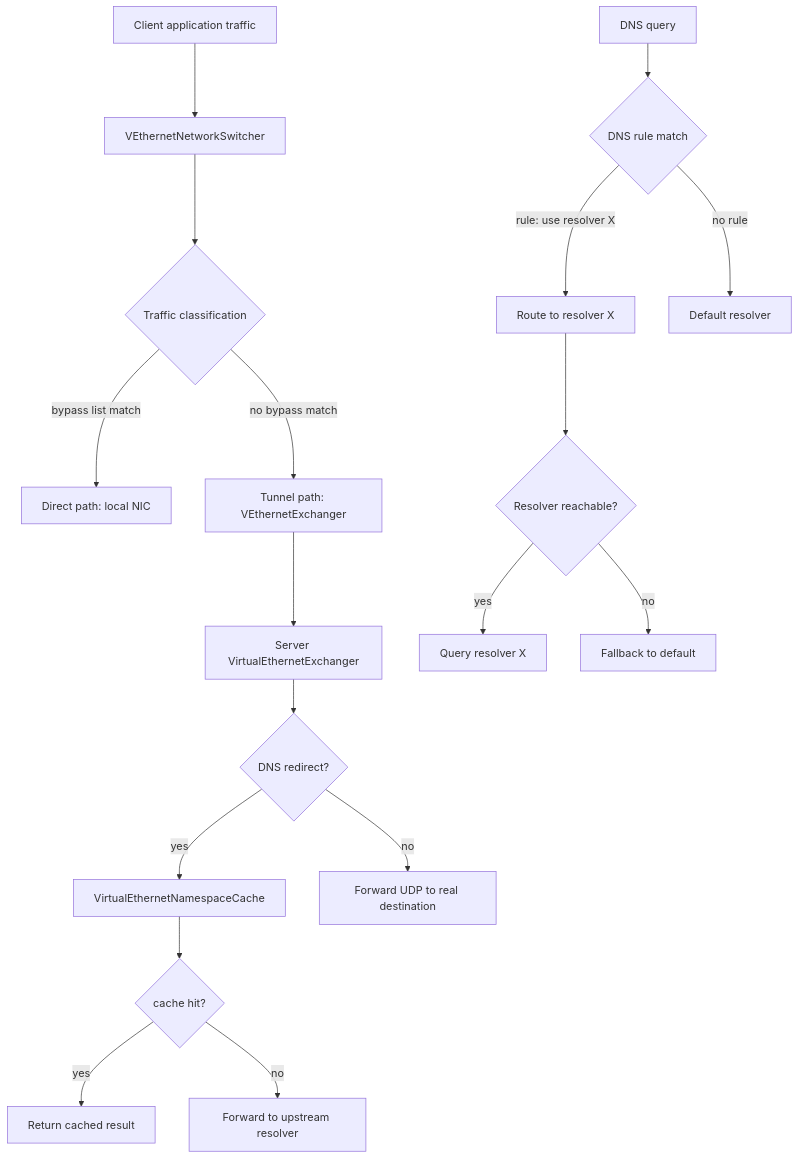
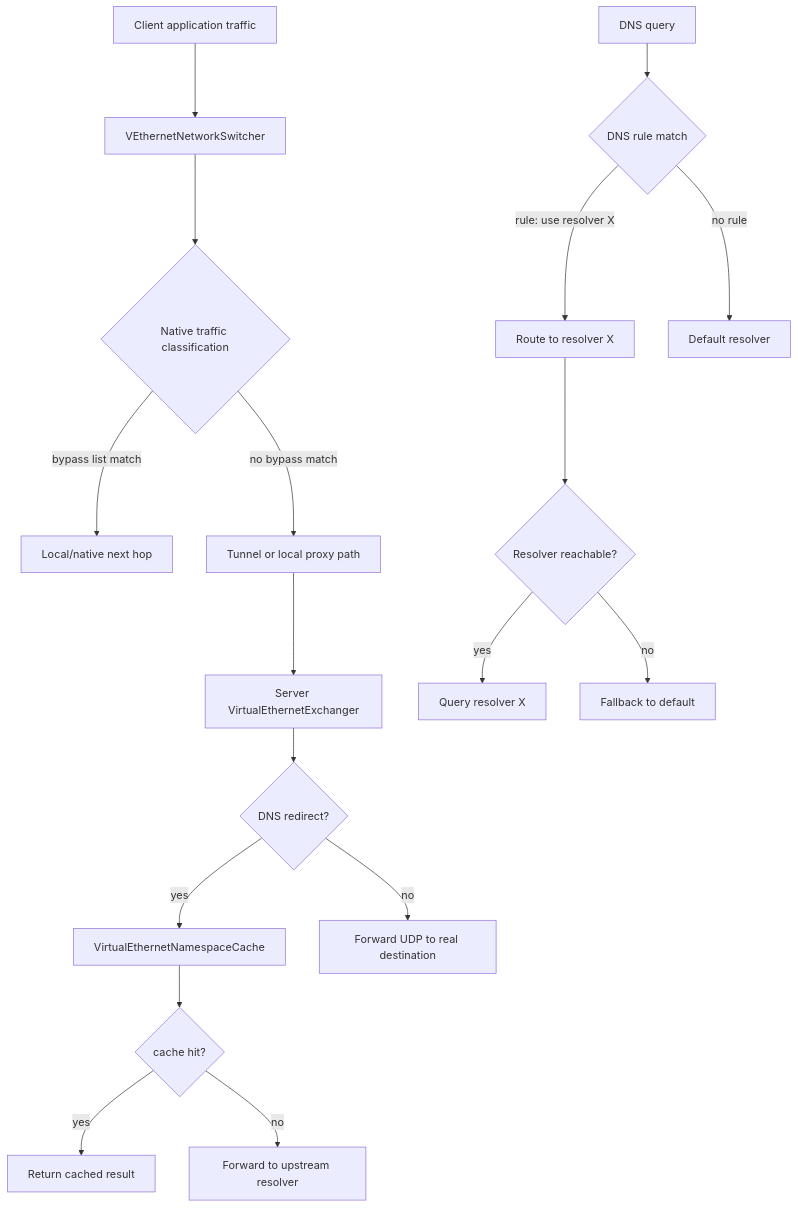
One commit to rebecca554owen/openppp2 changed the first of 6 diagrams in docs/guides/ROUTING_AND_DNS.md. Above: the diagram before and after it, drawn with Mermaid. The commit also changed other lines of this file and 34 other files, not shown here.

````diff
--- a/docs/guides/ROUTING_AND_DNS.md
+++ b/docs/guides/ROUTING_AND_DNS.md
@@ -37,22 +37,22 @@
 ```mermaid
 flowchart TD
     A[Client application traffic] --> B[VEthernetNetworkSwitcher]
-    B --> C{Traffic classification}
-    C -->|bypass list match| D[Direct path: local NIC]
-    C -->|no bypass match| E[Tunnel path: VEthernetExchanger]
+    B --> C{Native traffic classification}
+    C -->|bypass list match| D[Local/native next hop]
+    C -->|no bypass match| E[Tunnel or local proxy path]
 
     F[DNS query] --> G{DNS rule match}
     G -->|rule: use resolver X| H[Route to resolver X]
     G -->|no rule| I[Default resolver]
     H --> J{Resolver reachable?}
     J -->|yes| K[Query resolver X]
     J -->|no| L[Fallback to default]
 
     E --> M[Server VirtualEthernetExchanger]
     M --> N{DNS redirect?}
     N -->|yes| O[VirtualEthernetNamespaceCache]
     N -->|no| P[Forward UDP to real destination]
     O --> Q{cache hit?}
     Q -->|yes| R[Return cached result]
     Q -->|no| S[Forward to upstream resolver]
 ```
````
